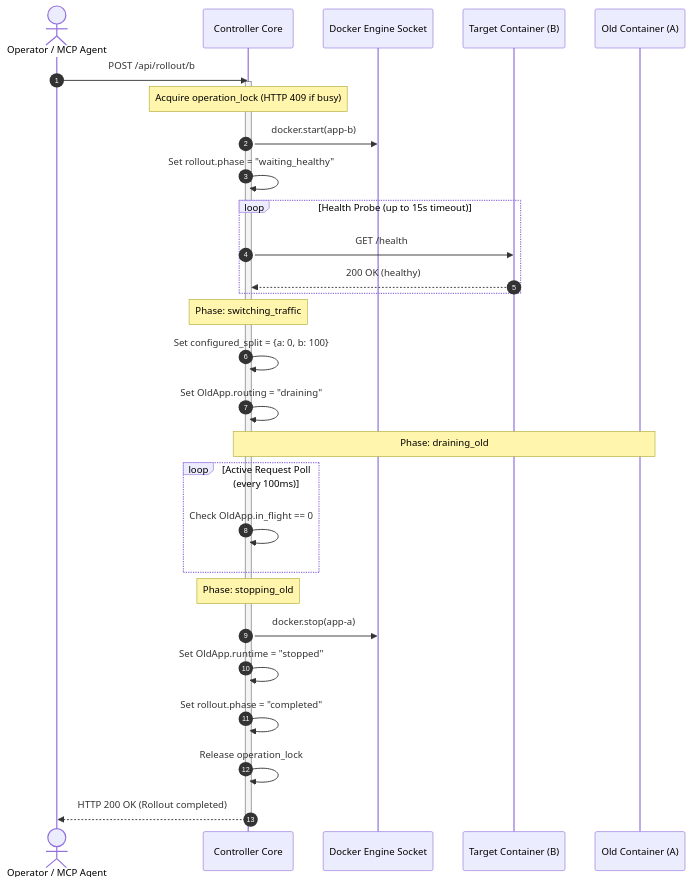
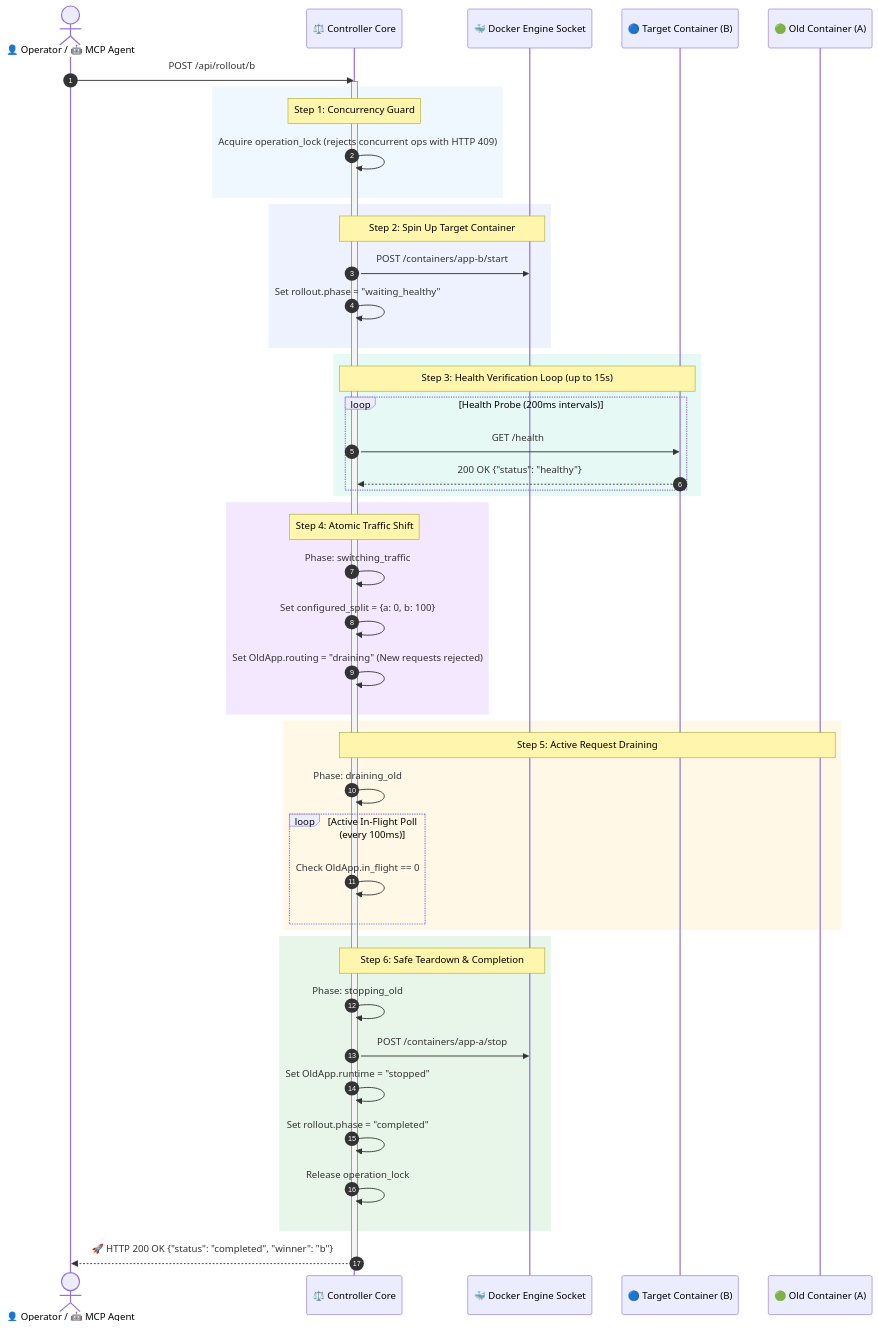
The second of 2 diagrams in docs/SAFE_ROLLOUT.md (ViditMahajan/Docker-Load-Balancer-with-MCP-Controls), drawn with Mermaid before and after one commit. The commit also changed other lines of this file and 5 other files, not shown here.

Commit message:
docs: enrich architecture and lifecycle diagrams with colorful styling, icons, and clear phase blocks

````diff
--- a/docs/SAFE_ROLLOUT.md
+++ b/docs/SAFE_ROLLOUT.md
@@ -69,39 +96,58 @@
 ```mermaid
 sequenceDiagram
     autonumber
-    actor Operator as Operator / MCP Agent
-    participant Ctrl as Controller Core
-    participant Docker as Docker Engine Socket
-    participant NewApp as Target Container (B)
-    participant OldApp as Old Container (A)
+    actor Operator as 👤 Operator / 🤖 MCP Agent
+    participant Ctrl as ⚖️ Controller Core
+    participant Docker as 🐳 Docker Engine Socket
+    participant NewApp as 🔵 Target Container (B)
+    participant OldApp as 🟢 Old Container (A)
 
     Operator->>Ctrl: POST /api/rollout/b
     activate Ctrl
-    Note over Ctrl: Acquire operation_lock (HTTP 409 if busy)
     
-    Ctrl->>Docker: docker.start(app-b)
-    Ctrl->>Ctrl: Set rollout.phase = "waiting_healthy"
-    
-    loop Health Probe (up to 15s timeout)
-        Ctrl->>NewApp: GET /health
-        NewApp-->>Ctrl: 200 OK (healthy)
+    rect rgb(240, 248, 255)
+        Note over Ctrl: Step 1: Concurrency Guard
+        Ctrl->>Ctrl: Acquire operation_lock (rejects concurrent ops with HTTP 409)
     end
 
-    Note over Ctrl: Phase: switching_traffic
-    Ctrl->>Ctrl: Set configured_split = {a: 0, b: 100}
-    Ctrl->>Ctrl: Set OldApp.routing = "draining"
-    
-    Note over Ctrl,OldApp: Phase: draining_old
-    loop Active Request Poll (every 100ms)
-        Ctrl->>Ctrl: Check OldApp.in_flight == 0
+    rect rgb(238, 242, 255)
+        Note over Ctrl,Docker: Step 2: Spin Up Target Container
+        Ctrl->>Docker: POST /containers/app-b/start
+        Ctrl->>Ctrl: Set rollout.phase = "waiting_healthy"
     end
     
-    Note over Ctrl: Phase: stopping_old
-    Ctrl->>Docker: docker.stop(app-a)
-    Ctrl->>Ctrl: Set OldApp.runtime = "stopped"
-    Ctrl->>Ctrl: Set rollout.phase = "completed"
-    Ctrl->>Ctrl: Release operation_lock
+    rect rgb(230, 249, 245)
+        Note over Ctrl,NewApp: Step 3: Health Verification Loop (up to 15s)
+        loop Health Probe (200ms intervals)
+            Ctrl->>NewApp: GET /health
+            NewApp-->>Ctrl: 200 OK {"status": "healthy"}
+        end
+    end
+
+    rect rgb(243, 232, 255)
+        Note over Ctrl: Step 4: Atomic Traffic Shift
+        Ctrl->>Ctrl: Phase: switching_traffic
+        Ctrl->>Ctrl: Set configured_split = {a: 0, b: 100}
+        Ctrl->>Ctrl: Set OldApp.routing = "draining" (New requests rejected)
+    end
     
-    Ctrl-->>Operator: HTTP 200 OK (Rollout completed)
+    rect rgb(255, 248, 230)
+        Note over Ctrl,OldApp: Step 5: Active Request Draining
+        Ctrl->>Ctrl: Phase: draining_old
+        loop Active In-Flight Poll (every 100ms)
+            Ctrl->>Ctrl: Check OldApp.in_flight == 0
+        end
+    end
+    
+    rect rgb(232, 245, 233)
+        Note over Ctrl,Docker: Step 6: Safe Teardown & Completion
+        Ctrl->>Ctrl: Phase: stopping_old
+        Ctrl->>Docker: POST /containers/app-a/stop
+        Ctrl->>Ctrl: Set OldApp.runtime = "stopped"
+        Ctrl->>Ctrl: Set rollout.phase = "completed"
+        Ctrl->>Ctrl: Release operation_lock
+    end
+    
+    Ctrl-->>Operator: 🚀 HTTP 200 OK {"status": "completed", "winner": "b"}
     deactivate Ctrl
 ```
````
